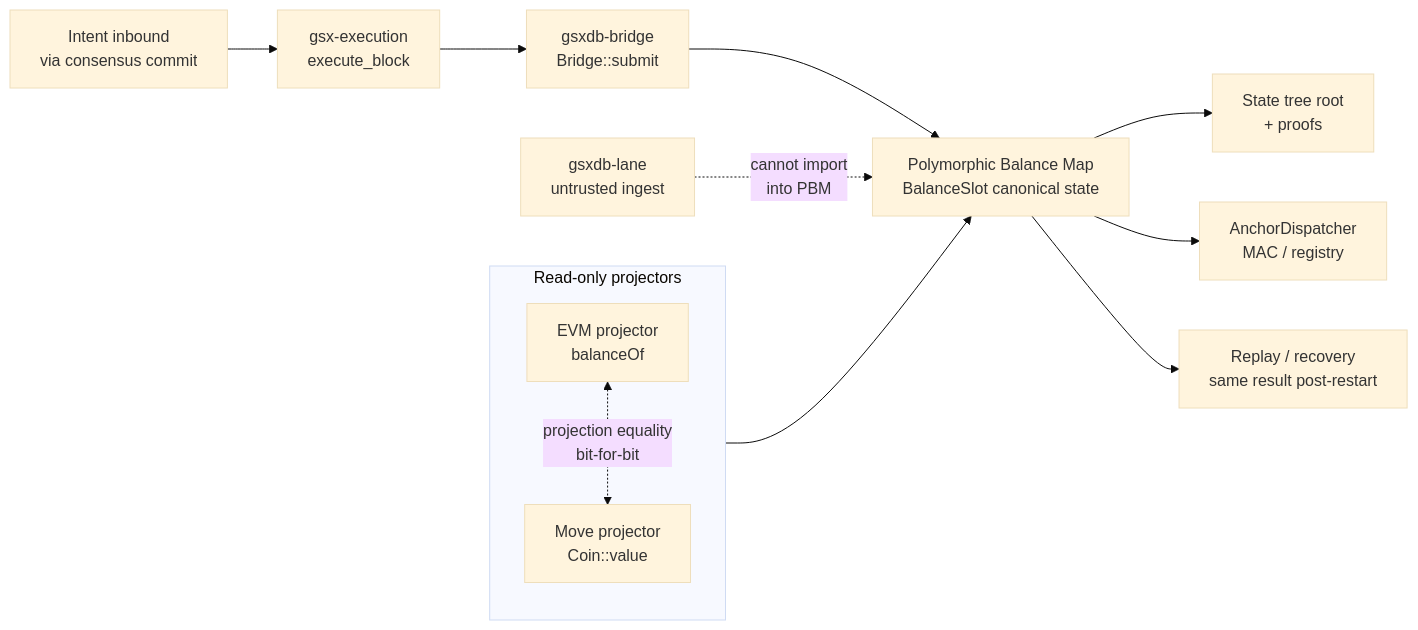
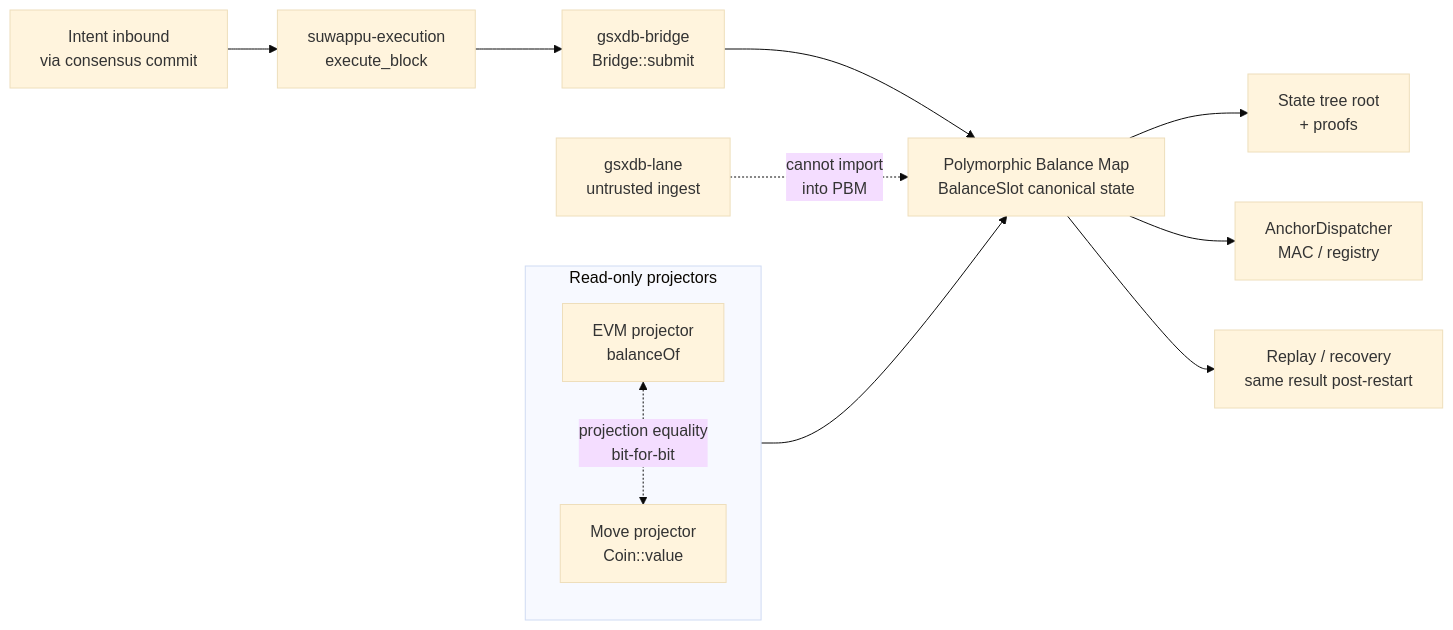
One commit to Suwappu-Labs/suwappu-dag changed the diagram in docs/visuals/mermaid/dual-vm.md. Above: the diagram before and after it, drawn with Mermaid (base theme). The commit also changed other lines of this file and 592 other files, not shown here.

First line of the commit message:
Rebrand gsx -> suwappu across the DAG L1 workspace

````diff
--- a/docs/visuals/mermaid/dual-vm.md
+++ b/docs/visuals/mermaid/dual-vm.md
@@ -8,16 +8,16 @@
 ```mermaid
 flowchart LR
-    Intent["Intent inbound<br/>via consensus commit"] --> Exec["gsx-execution<br/>execute_block"]
+    Intent["Intent inbound<br/>via consensus commit"] --> Exec["suwappu-execution<br/>execute_block"]
     Exec --> Bridge["gsxdb-bridge<br/>Bridge::submit"]
     Bridge --> PBM["Polymorphic Balance Map<br/>BalanceSlot canonical state"]
     PBM --> Tree["State tree root<br/>+ proofs"]
     PBM --> Anchor["AnchorDispatcher<br/>MAC / registry"]
     PBM --> Replay["Replay / recovery<br/>same result post-restart"]
     Lane["gsxdb-lane<br/>untrusted ingest"] -.->|"cannot import<br/>into PBM"| PBM
     subgraph Projectors ["Read-only projectors"]
       EVM["EVM projector<br/>balanceOf"]
       Move["Move projector<br/>Coin::value"]
     end
     Projectors --> PBM
     EVM <-.->|"projection equality<br/>bit-for-bit"| Move
 ```
````
